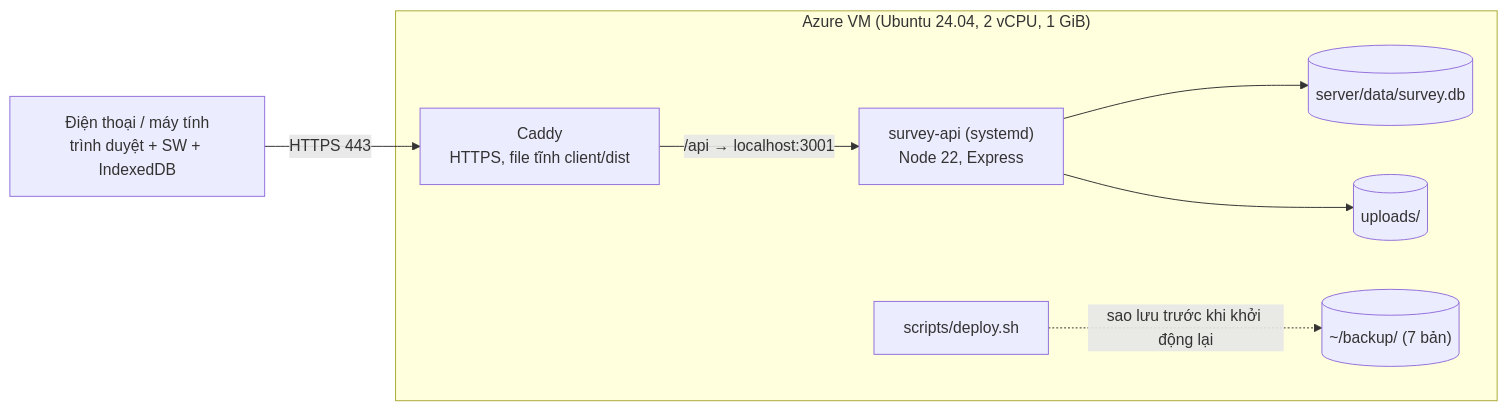
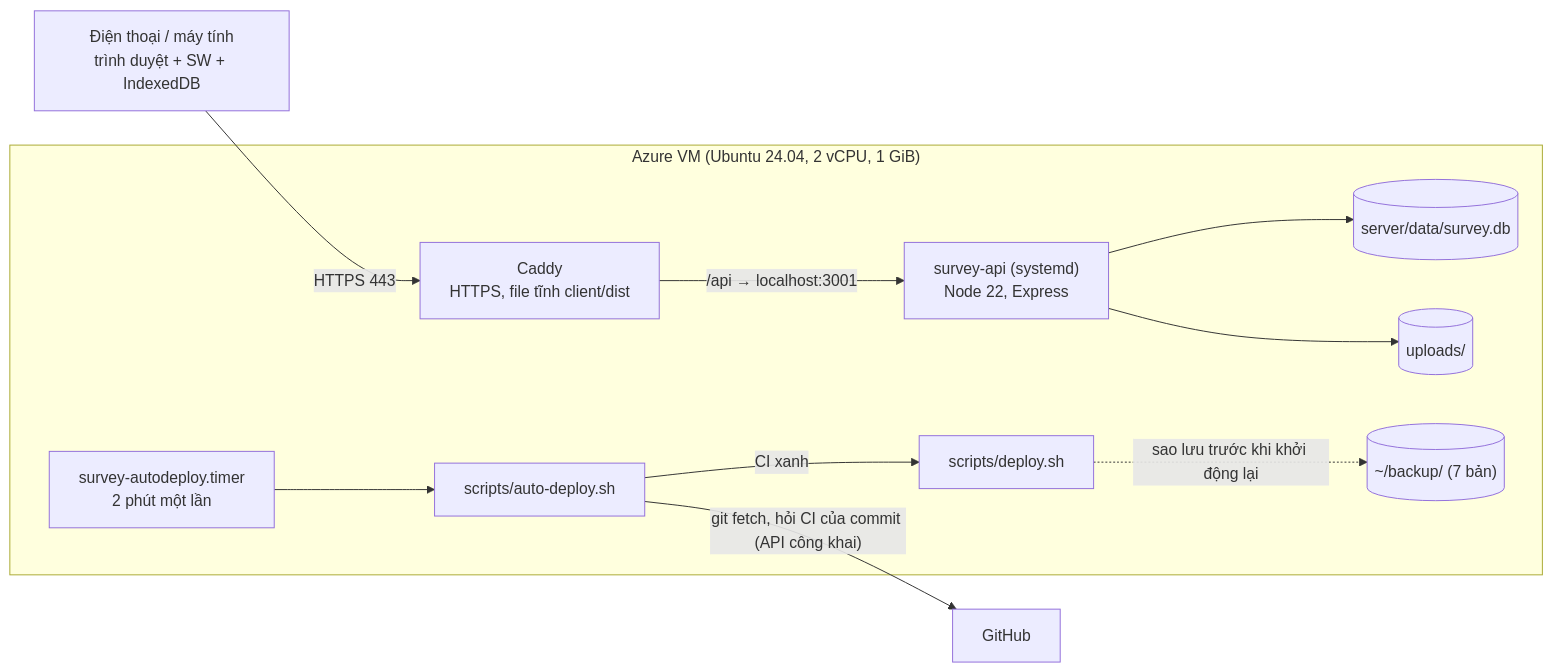
The fourth of 5 diagrams in docs/design.md (hoangleviet1031/SE2026-T21), drawn with Mermaid before and after one commit. The commit also changed other lines of this file and 6 other files, not shown here.

Commit message:
CD: staging tự deploy commit main có CI xanh

````diff
--- a/docs/design.md
+++ b/docs/design.md
@@ -379,10 +380,13 @@
 ```mermaid
 flowchart LR
   phone["Điện thoại / máy tính<br/>trình duyệt + SW + IndexedDB"] -- "HTTPS 443" --> caddy
   subgraph vm["Azure VM (Ubuntu 24.04, 2 vCPU, 1 GiB)"]
     caddy["Caddy<br/>HTTPS, file tĩnh client/dist"] -- "/api → localhost:3001" --> api["survey-api (systemd)<br/>Node 22, Express"]
     api --> dbfile[("server/data/survey.db")]
     api --> up[("uploads/")]
+    timer["survey-autodeploy.timer<br/>2 phút một lần"] --> auto["scripts/auto-deploy.sh"]
+    auto -- "CI xanh" --> deploy
     deploy["scripts/deploy.sh"] -. "sao lưu trước khi khởi động lại" .-> bk[("~/backup/ (7 bản)")]
   end
+  auto -- "git fetch, hỏi CI của commit (API công khai)" --> gh["GitHub"]
 ```
````
